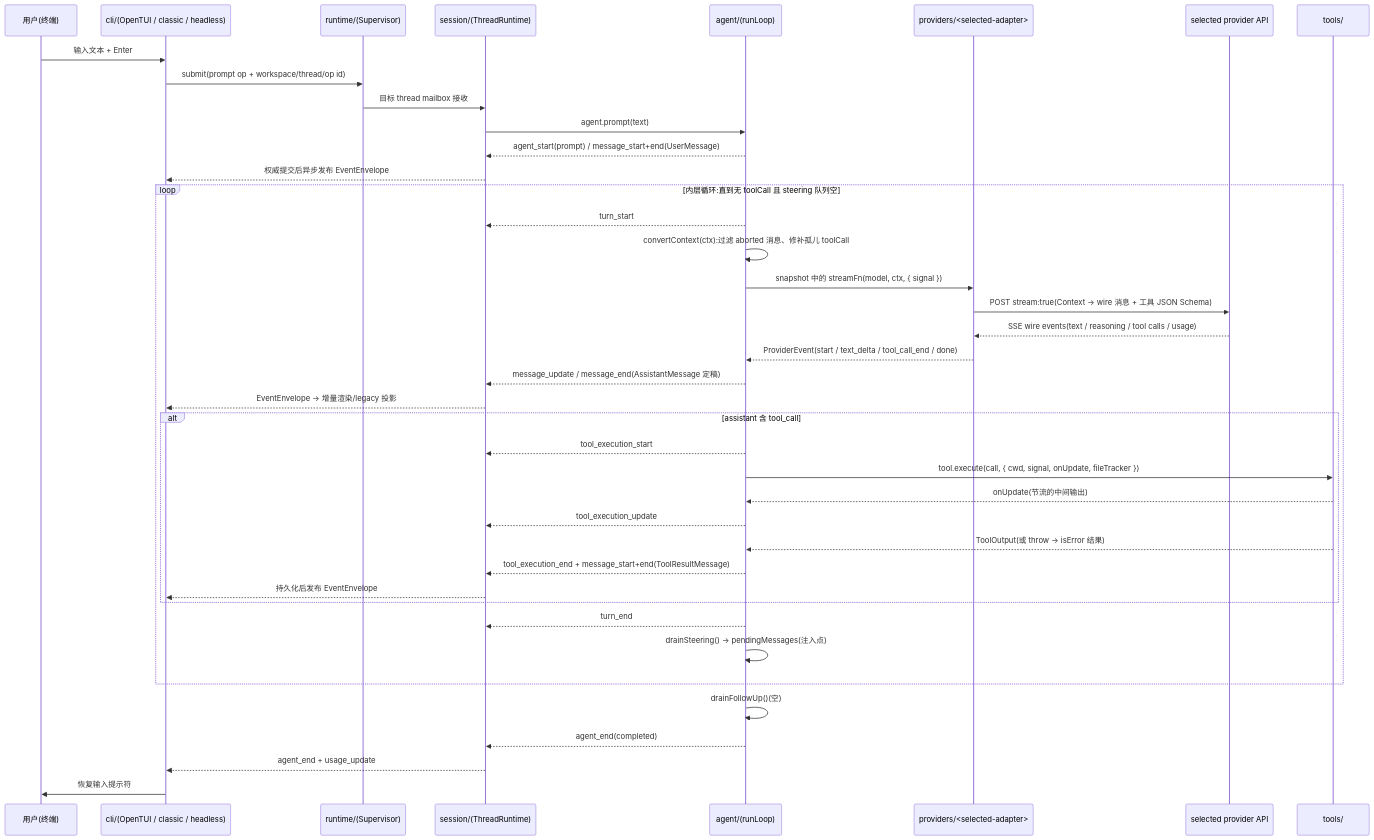
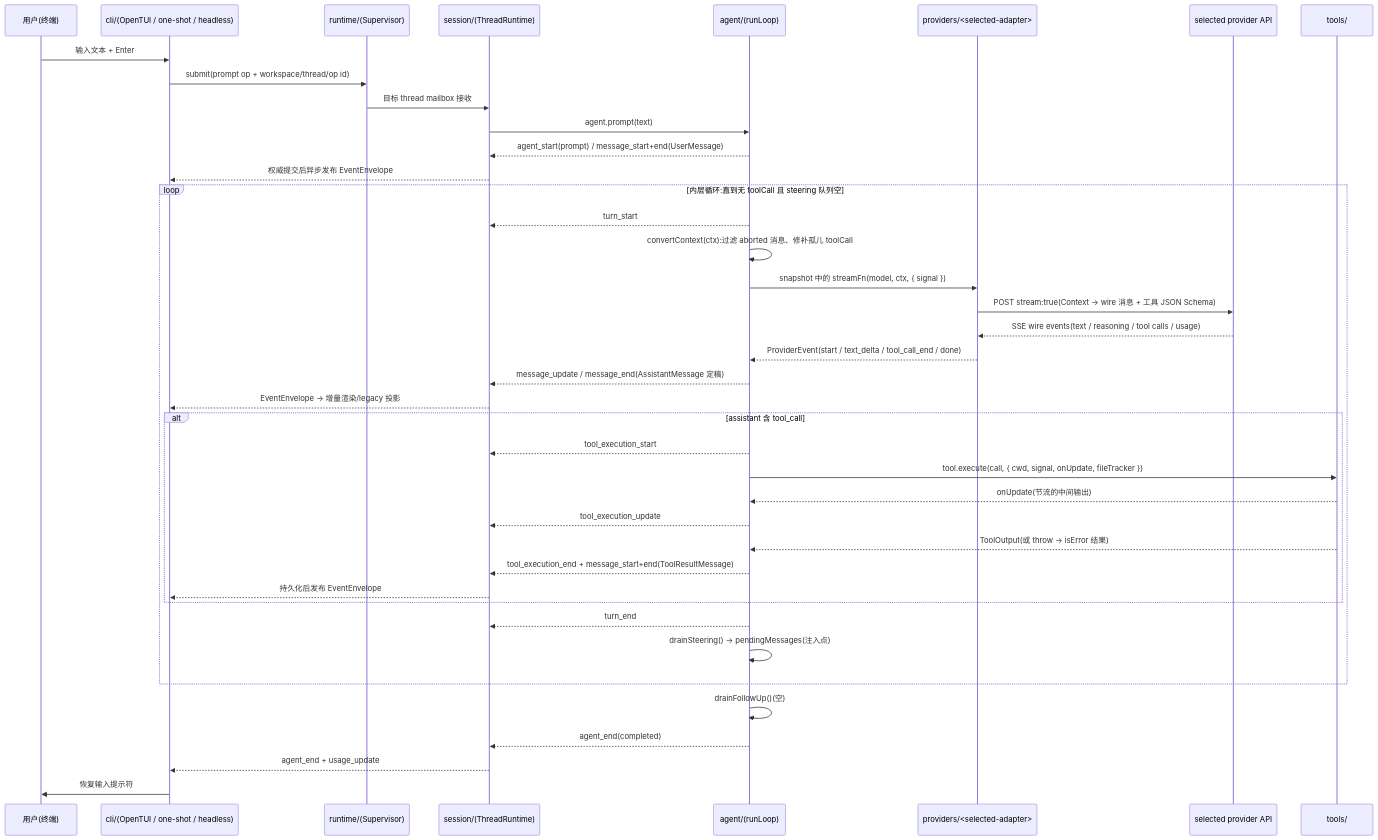
One commit to rita152/coda changed the third of 3 diagrams in docs/02-architecture.md. Above: the diagram before and after it, drawn with Mermaid. The commit also changed other lines of this file and 40 other files, not shown here.

````diff
--- a/docs/02-architecture.md
+++ b/docs/02-architecture.md
@@ -306,43 +306,43 @@
 ```mermaid
 sequenceDiagram
   participant U as 用户(终端)
-  participant CLI as cli/(OpenTUI / classic / headless)
+  participant CLI as cli/(OpenTUI / one-shot / headless)
   participant R as runtime/(Supervisor)
   participant S as session/(ThreadRuntime)
   participant AG as agent/(runLoop)
   participant AD as providers/<selected-adapter>
   participant API as selected provider API
   participant T as tools/
 
   U->>CLI: 输入文本 + Enter
   CLI->>R: submit(prompt op + workspace/thread/op id)
   R->>S: 目标 thread mailbox 接收
   S->>AG: agent.prompt(text)
   AG-->>S: agent_start(prompt) / message_start+end(UserMessage)
   S-->>CLI: 权威提交后异步发布 EventEnvelope
   loop 内层循环:直到无 toolCall 且 steering 队列空
     AG-->>S: turn_start
     AG->>AG: convertContext(ctx):过滤 aborted 消息、修补孤儿 toolCall
     AG->>AD: snapshot 中的 streamFn(model, ctx, { signal })
     AD->>API: POST stream:true(Context → wire 消息 + 工具 JSON Schema)
     API-->>AD: SSE wire events(text / reasoning / tool calls / usage)
     AD-->>AG: ProviderEvent(start / text_delta / tool_call_end / done)
     AG-->>S: message_update / message_end(AssistantMessage 定稿)
     S-->>CLI: EventEnvelope → 增量渲染/legacy 投影
     alt assistant 含 tool_call
       AG-->>S: tool_execution_start
       AG->>T: tool.execute(call, { cwd, signal, onUpdate, fileTracker })
       T-->>AG: onUpdate(节流的中间输出)
       AG-->>S: tool_execution_update
       T-->>AG: ToolOutput(或 throw → isError 结果)
       AG-->>S: tool_execution_end + message_start+end(ToolResultMessage)
       S-->>CLI: 持久化后发布 EventEnvelope
     end
     AG-->>S: turn_end
     AG->>AG: drainSteering() → pendingMessages(注入点)
   end
   AG->>AG: drainFollowUp()(空)
   AG-->>S: agent_end(completed)
   S-->>CLI: agent_end + usage_update
   CLI->>U: 恢复输入提示符
 ```
````
